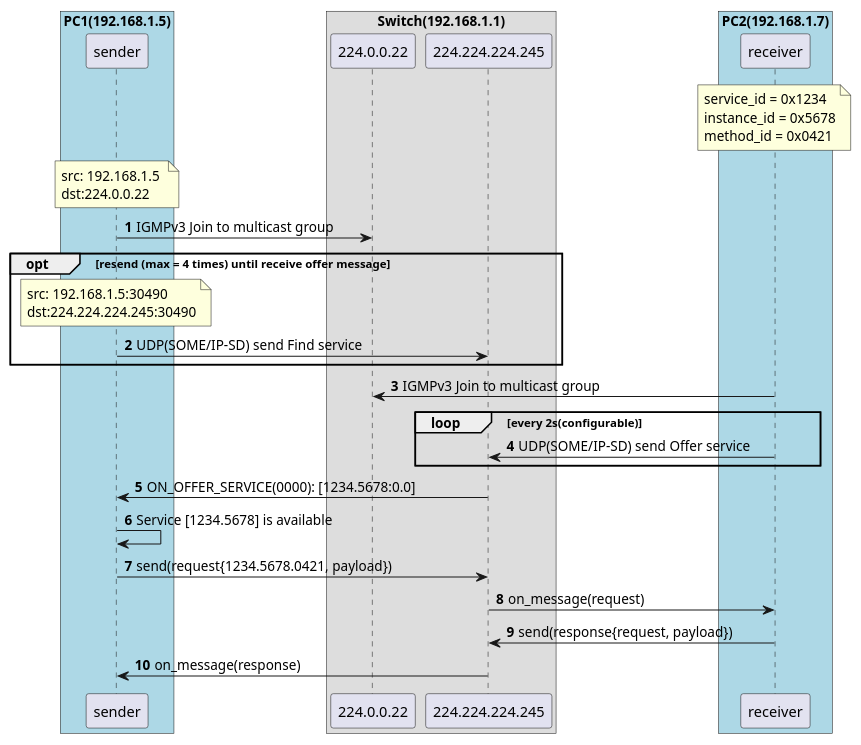
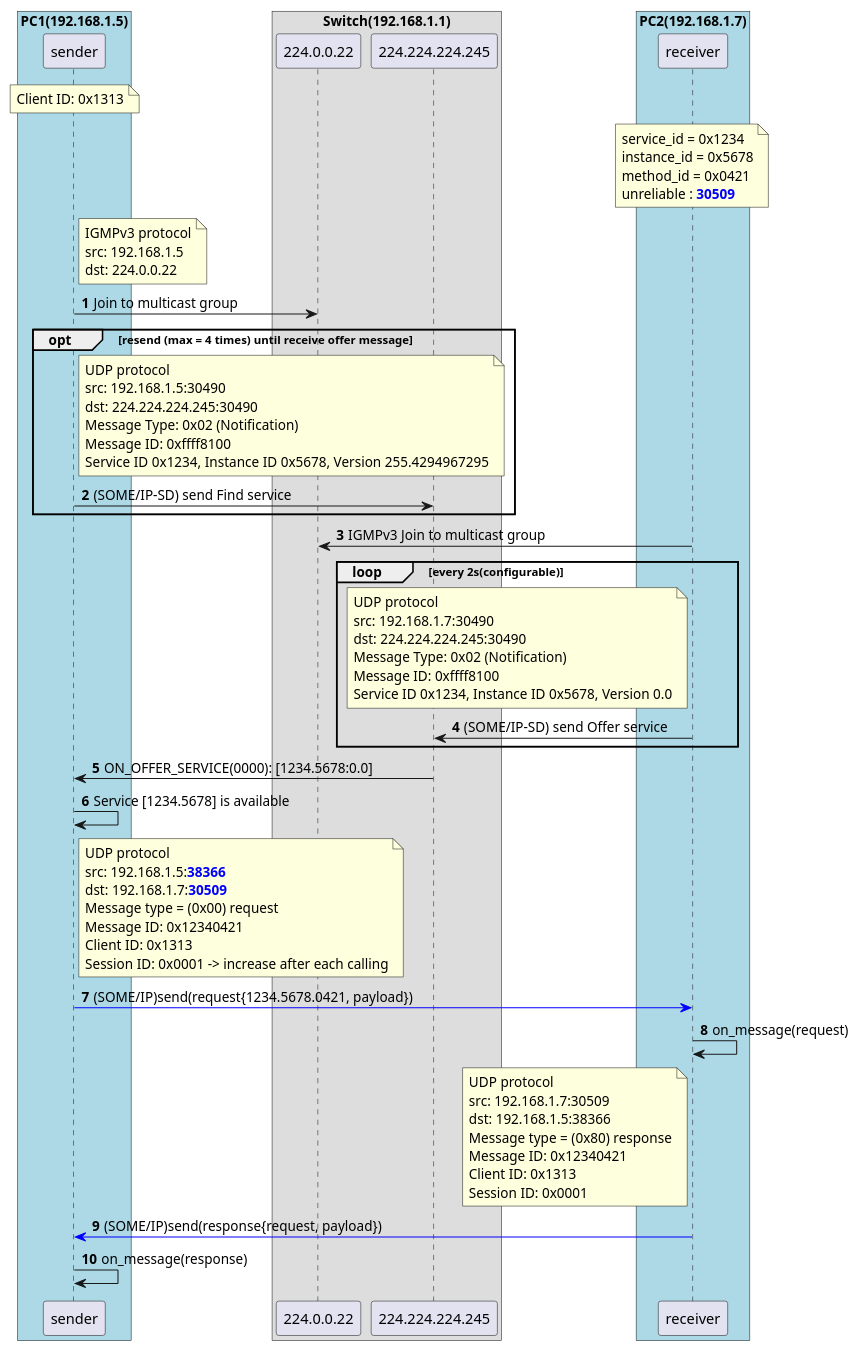
The diagram in doc/design/OverView.puml (minhthedt/vsomeip-example), drawn with PlantUML before and after one commit. The commit also changed 5 other files, not shown here.

Commit message:
Auto-render: update all PlantUML diagrams to SVG

```diff
--- a/doc/design/OverView.puml
+++ b/doc/design/OverView.puml
@@ -1,34 +1,75 @@
 @startuml
 autonumber
 box "PC1(192.168.1.5)" #LightBlue
 participant "sender" as client1
 end box
 box "Switch(192.168.1.1)"
 participant "224.0.0.22" as router_igmp
 participant "224.224.224.245" as rounter_mutilcast
 end box
 
 box "PC2(192.168.1.7)" #LightBlue
 participant "receiver" as client2
 
 end box
-note over client2: service_id = 0x1234\ninstance_id = 0x5678\nmethod_id = 0x0421
-note over client1: src: 192.168.1.5 \ndst:224.0.0.22
-client1->router_igmp: IGMPv3 Join to multicast group
+note over client1: Client ID: 0x1313
+note over client2
+service_id = 0x1234
+instance_id = 0x5678
+method_id = 0x0421
+unreliable : **<color blue>30509</color>**
+end note
+note right of client1: IGMPv3 protocol\nsrc: 192.168.1.5 \ndst: 224.0.0.22
+client1->router_igmp: Join to multicast group
 
 opt resend (max = 4 times) until receive offer message
-note over client1: src: 192.168.1.5:30490 \ndst:224.224.224.245:30490
-client1->rounter_mutilcast: UDP(SOME/IP-SD) send Find service
+note right of client1
+UDP protocol
+src: 192.168.1.5:30490
+dst: 224.224.224.245:30490
+Message Type: 0x02 (Notification)
+Message ID: 0xffff8100
+Service ID 0x1234, Instance ID 0x5678, Version 255.4294967295
+end note
+client1->rounter_mutilcast: (SOME/IP-SD) send Find service
 end
 client2->router_igmp: IGMPv3 Join to multicast group
 loop every 2s(configurable)
-client2->rounter_mutilcast: UDP(SOME/IP-SD) send Offer service
+note left of client2
+UDP protocol
+src: 192.168.1.7:30490
+dst: 224.224.224.245:30490
+Message Type: 0x02 (Notification)
+Message ID: 0xffff8100
+Service ID 0x1234, Instance ID 0x5678, Version 0.0
+end note
+client2->rounter_mutilcast: (SOME/IP-SD) send Offer service
 end
 
 rounter_mutilcast->client1: ON_OFFER_SERVICE(0000): [1234.5678:0.0]
 client1->client1: Service [1234.5678] is available
-client1->rounter_mutilcast: send(request{1234.5678.0421, payload})
-rounter_mutilcast->client2: on_message(request)
-client2->rounter_mutilcast: send(response{request, payload})
-rounter_mutilcast->client1: on_message(response)
+
+note right of client1
+UDP protocol
+src: 192.168.1.5:**<color blue>38366</color>** 
+dst: 192.168.1.7:**<color blue>30509</color>**
+Message type = (0x00) request
+Message ID: 0x12340421
+Client ID: 0x1313
+Session ID: 0x0001 -> increase after each calling
+end note
+client1-[#blue]>client2: (SOME/IP)send(request{1234.5678.0421, payload})
+client2->client2: on_message(request)
+
+note left of client2
+UDP protocol
+src: 192.168.1.7:30509
+dst: 192.168.1.5:38366
+Message type = (0x80) response
+Message ID: 0x12340421
+Client ID: 0x1313
+Session ID: 0x0001
+end note
+client2-[#blue]>client1: (SOME/IP)send(response{request, payload})
+client1->client1: on_message(response)
 @enduml
```
